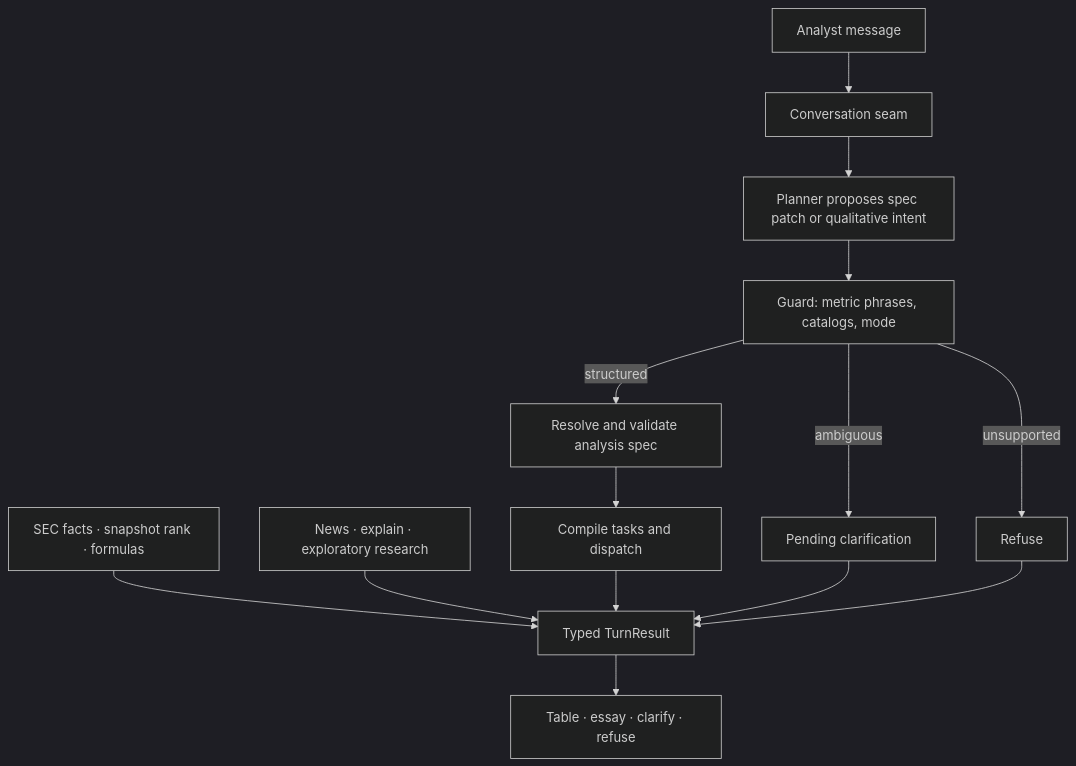
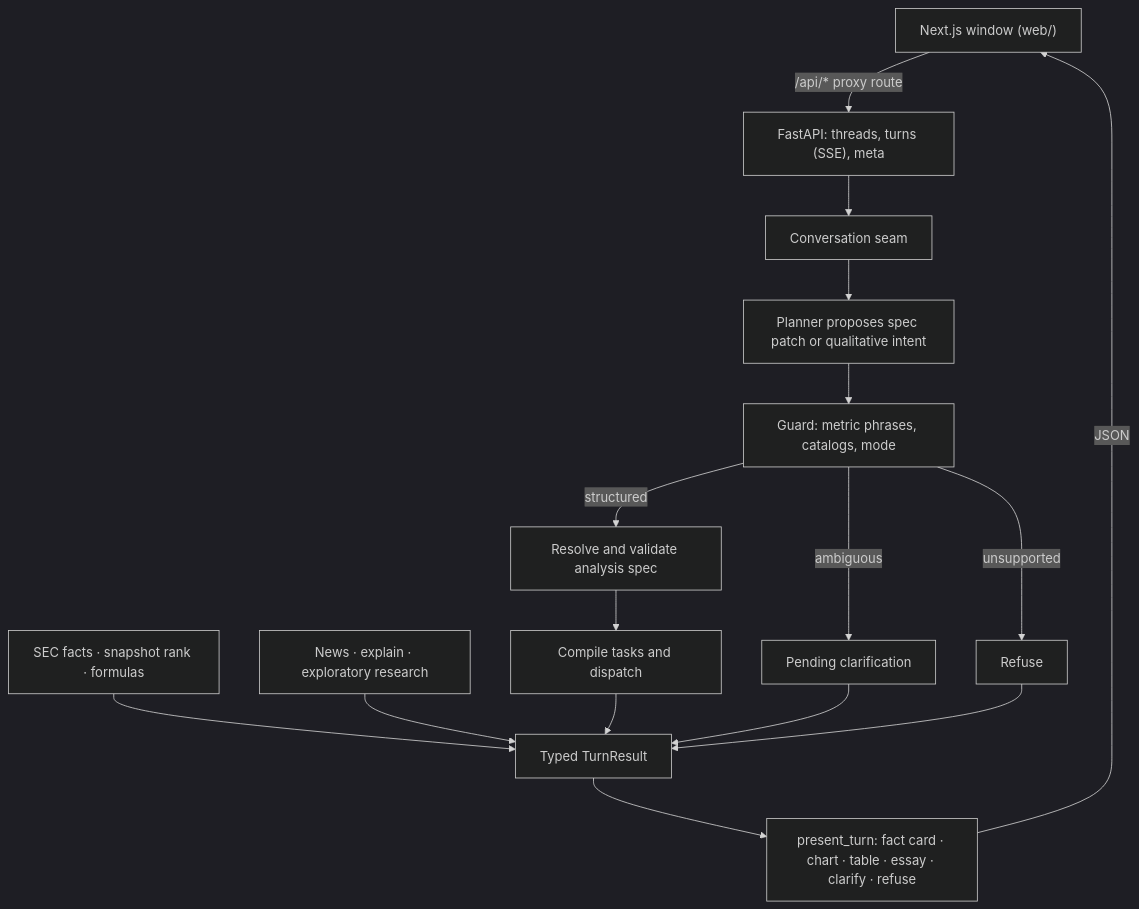
Before and after one commit to bpyman/financial-analyst-agent: the diagram in README.md, drawn with Mermaid (dark theme). The commit also changed other lines of this file and 16 other files, not shown here.

````diff
--- a/README.md
+++ b/README.md
@@ -95,16 +85,18 @@
 ```mermaid
 flowchart TB
-    Q["Analyst message"] --> C["Conversation seam"]
+    W["Next.js window (web/)"] -->|"/api/* proxy route"| A["FastAPI: threads, turns (SSE), meta"]
+    A --> C["Conversation seam"]
     C --> P["Planner proposes spec patch or qualitative intent"]
     P --> G["Guard: metric phrases, catalogs, mode"]
     G -->|"structured"| S["Resolve and validate analysis spec"]
     G -->|"ambiguous"| CL["Pending clarification"]
     G -->|"unsupported"| RF["Refuse"]
     S --> X["Compile tasks and dispatch"]
     ST["SEC facts · snapshot rank · formulas"] --> R["Typed TurnResult"]
     QT["News · explain · exploratory research"] --> R
     X --> R
     CL --> R
     RF --> R
-    R --> O["Table · essay · clarify · refuse"]
+    R --> PR["present_turn: fact card · chart · table · essay · clarify · refuse"]
+    PR -->|"JSON"| W
 ```
````
